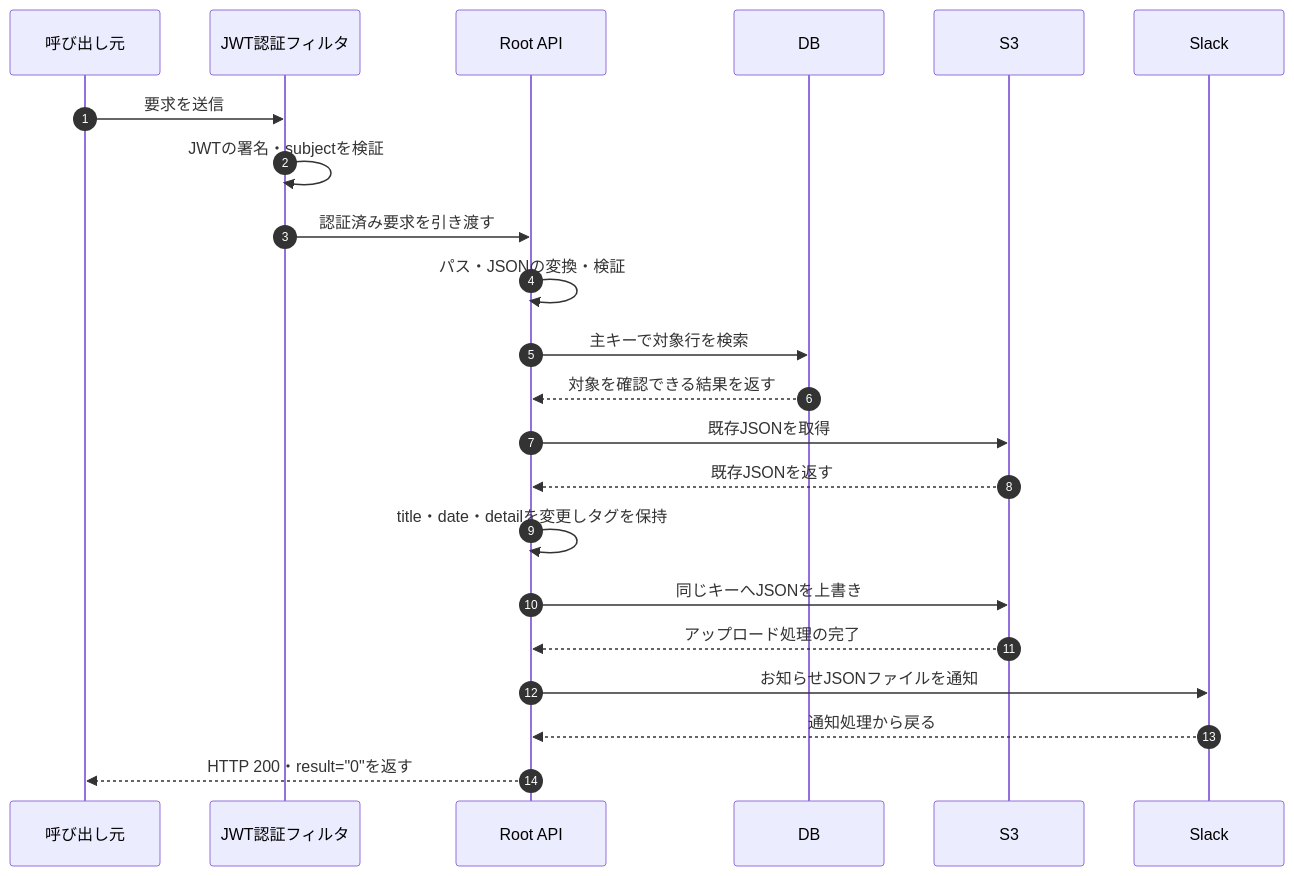
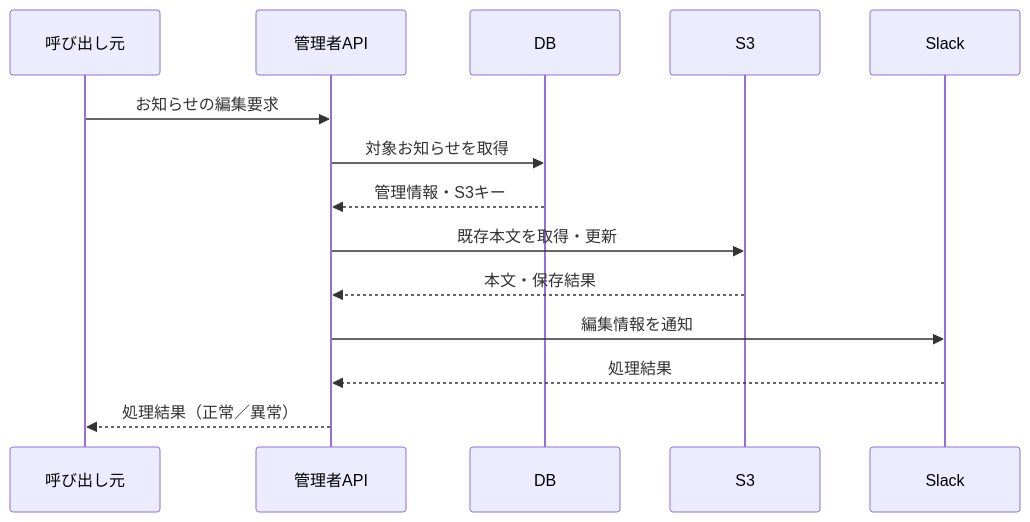
One commit to kohei-okazaki/work-3g changed the first of 2 diagrams in ha-docs/design/05_rootapi/設計書_5.6.3.お知らせ情報編集API.md. Above: the diagram before and after it, drawn with Mermaid. The commit also changed other lines of this file and 67 other files, not shown here.

````diff
--- a/ha-docs/design/05_rootapi/設計書_5.6.3.お知らせ情報編集API.md
+++ b/ha-docs/design/05_rootapi/設計書_5.6.3.お知らせ情報編集API.md
@@ -110,24 +23,16 @@
 ```mermaid
 sequenceDiagram
-    autonumber
-    participant Client as 呼び出し元
-    participant Security as JWT認証フィルタ
-    participant API as Root API
-    participant DB as DB
-    participant S3 as S3
-    participant Slack as Slack
-    Client->>Security: 要求を送信
-    Security->>Security: JWTの署名・subjectを検証
-    Security->>API: 認証済み要求を引き渡す
-    API->>API: パス・JSONの変換・検証
-    API->>DB: 主キーで対象行を検索
-    DB-->>API: 対象を確認できる結果を返す
-    API->>S3: 既存JSONを取得
-    S3-->>API: 既存JSONを返す
-    API->>API: title・date・detailを変更しタグを保持
-    API->>S3: 同じキーへJSONを上書き
-    S3-->>API: アップロード処理の完了
-    API->>Slack: お知らせJSONファイルを通知
-    Slack-->>API: 通知処理から戻る
-    API-->>Client: HTTP 200・result="0"を返す
+    participant C as 呼び出し元
+    participant A as 管理者API
+    participant D as DB
+    participant S as S3
+    participant N as Slack
+    C->>A: お知らせの編集要求
+    A->>D: 対象お知らせを取得
+    D-->>A: 管理情報・S3キー
+    A->>S: 既存本文を取得・更新
+    S-->>A: 本文・保存結果
+    A->>N: 編集情報を通知
+    N-->>A: 処理結果
+    A-->>C: 処理結果（正常／異常）
 ```
````
